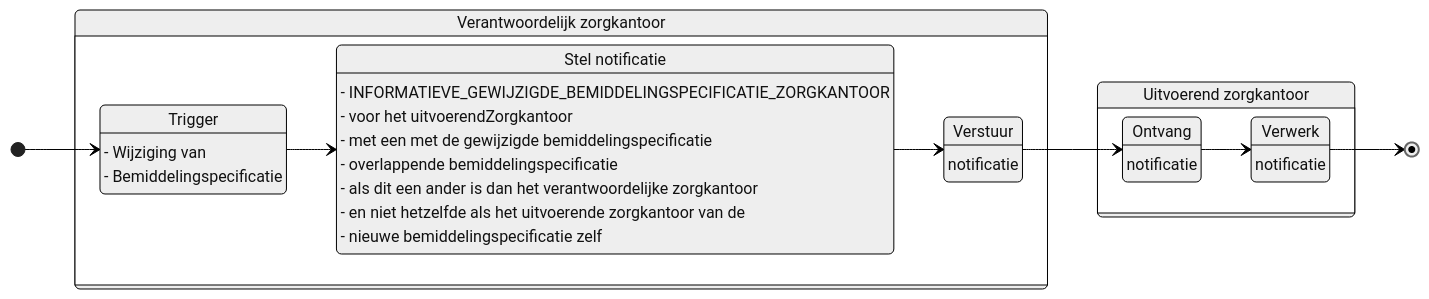
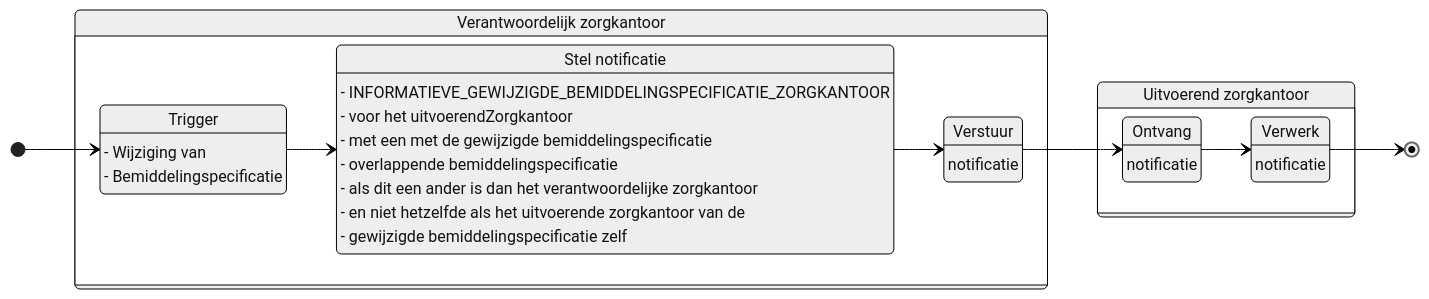
One commit to iStandaarden/iWlz-bemiddeling changed the diagram in notificaties/informatieve_gewijzigde_bemiddelingspecificatie_zorgkantoor.md. Above: the diagram before and after it, drawn with Mermaid. The commit also changed other lines of this file, not shown here.

First line of the commit message:
Update informatieve_gewijzigde_bemiddelingspecificatie_zorgkantoor.md

````diff
--- a/notificaties/informatieve_gewijzigde_bemiddelingspecificatie_zorgkantoor.md
+++ b/notificaties/informatieve_gewijzigde_bemiddelingspecificatie_zorgkantoor.md
@@ -29,45 +29,45 @@
 ```mermaid
 ---
 config:
   theme: neutral
   look: classic
 ---
 stateDiagram
   direction LR
   state verzender {
     direction TB
     trigger --> opstellen
     opstellen --> verstuur
     trigger
     opstellen
     verstuur
   }
   state ontvanger {
     direction TB
     ontvang --> verwerk
     ontvang
     verwerk
   }
   [*] --> trigger
   verstuur --> ontvang
   verwerk --> [*]
   verzender:Verantwoordelijk zorgkantoor
   trigger:Trigger
 trigger:- Wijziging van
 trigger:- Bemiddelingspecificatie
   opstellen:Stel notificatie
   opstellen:- INFORMATIEVE_GEWIJZIGDE_BEMIDDELINGSPECIFICATIE_ZORGKANTOOR
     opstellen: - voor het uitvoerendZorgkantoor
     opstellen: - met een met de gewijzigde bemiddelingspecificatie
     opstellen: - overlappende bemiddelingspecificatie
     opstellen: - als dit een ander is dan het verantwoordelijke zorgkantoor
     opstellen: - en niet hetzelfde als het uitvoerende zorgkantoor van de 
-    opstellen: - nieuwe bemiddelingspecificatie zelf
+    opstellen: - gewijzigde bemiddelingspecificatie zelf
   verstuur:Verstuur 
   verstuur:notificatie
   ontvanger:Uitvoerend zorgkantoor
   ontvang:Ontvang 
   ontvang:notificatie
   verwerk:Verwerk 
   verwerk:notificatie
 ```
````
